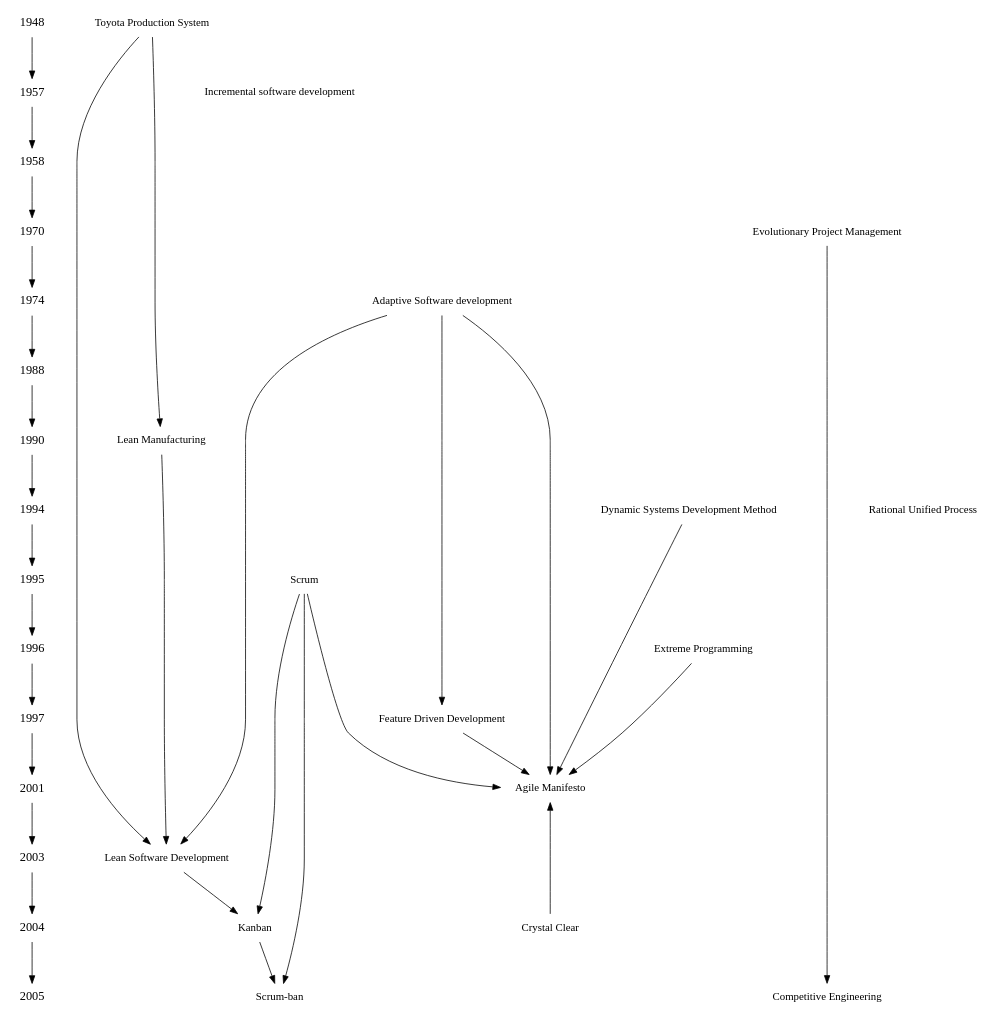
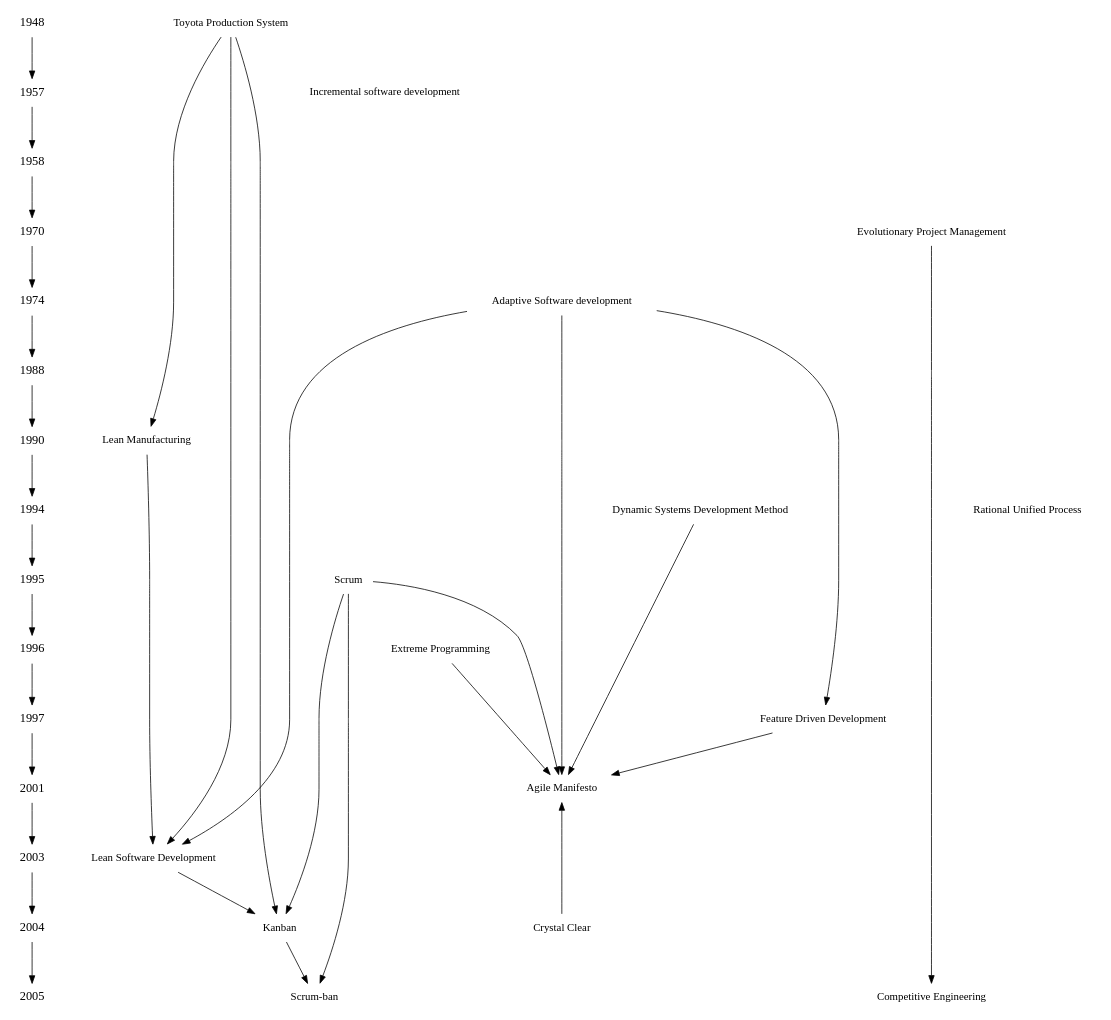
The diagram in agile-methods/history.dot (basbossink/presentations), drawn with Graphviz before and after one commit. The commit also changed 2 other files, not shown here.

```diff
--- a/agile-methods/history.dot
+++ b/agile-methods/history.dot
@@ -1,53 +1,54 @@
 digraph history {
     /* rankdir=LR; */
     ranksep=.75;
     {
         node[shape=plaintext, fontsize=16];
         1948 -> 1957 -> 1958 -> 1970 -> 1974 -> 1988 -> 1990 -> 1994 -> 1995 -> 
         1996 -> 1997 -> 2001 -> 2003 -> 2004 -> 2005
     }
     node [shape=none];
     { rank = same; 1948; TPS; }
     { rank = same; 1957; Inc;}
     { rank = same; 1970; evo; }
     { rank = same; 1974; adapt; }
     { rank = same; 1990; Lean; } 
     { rank = same; 1994; rup; dsdm; }
     { rank = same; 1995; scrum; }
     { rank = same; 1996; xp; }
     { rank = same; 1997; fdd; }
     { rank = same; 2001; am; }
     { rank = same; 2003; leansd; }   
     { rank = same; 2004; kanban; cc; }
     { rank = same; 2005; comp; }
     TPS[label="Toyota Production System"];
     Lean[label="Lean Manufacturing"];
     Inc[label="Incremental software development"];
     adapt[label="Adaptive Software development"];
     evo[label="Evolutionary Project Management"];
     comp[label="Competitive Engineering"];
     rup[label="Rational Unified Process"];
     scrum[label="Scrum"];
     cc[label="Crystal Clear"];
     xp[label="Extreme Programming"];
     fdd[label="Feature Driven Development"];
     dsdm[label="Dynamic Systems Development Method"];
     am[label="Agile Manifesto"];
     kanban[label="Kanban"];
     leansd[label="Lean Software Development"];
     scrumban[label="Scrum-ban"];
     TPS -> Lean -> leansd -> kanban;
     TPS -> leansd;
+    TPS -> kanban;
     adapt -> leansd;
     scrum -> kanban;
     adapt -> fdd;
     scrum -> am;
     dsdm -> am;
     xp -> am;
     cc -> am;
     adapt -> am;
     fdd -> am;
     scrum -> scrumban;
     kanban -> scrumban;
     evo -> comp;
 }
```
